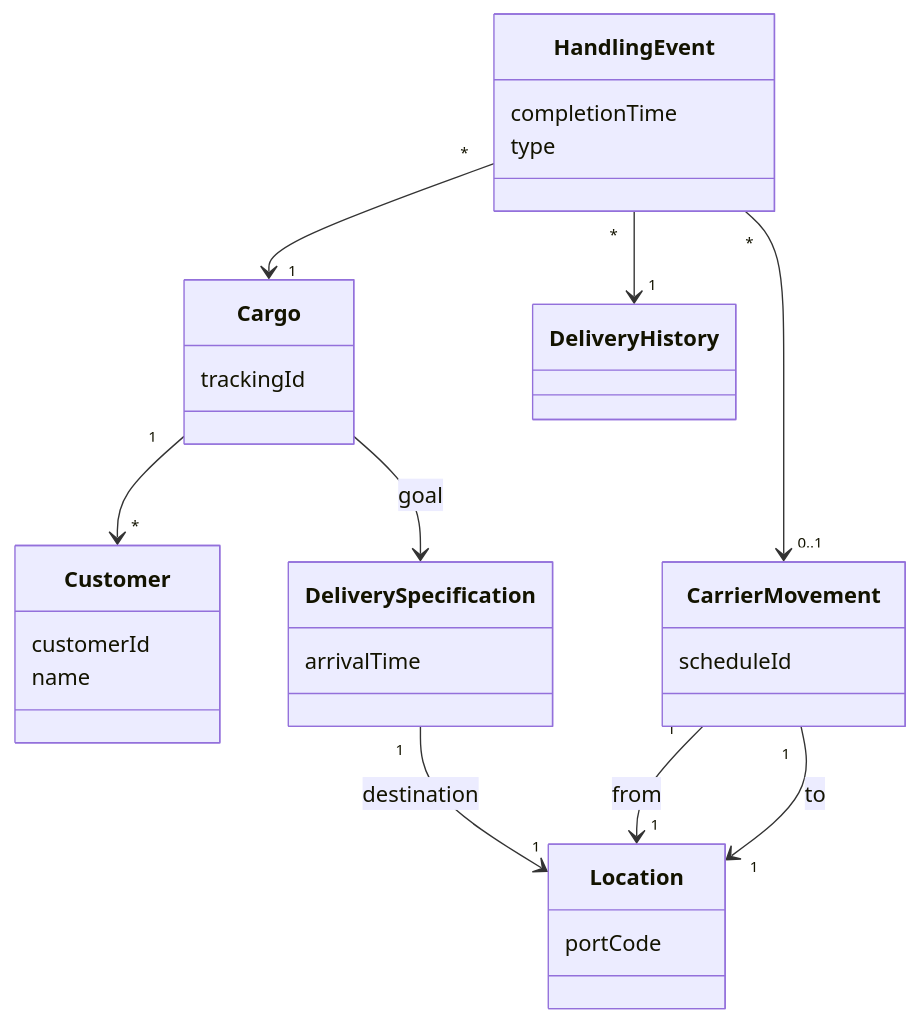
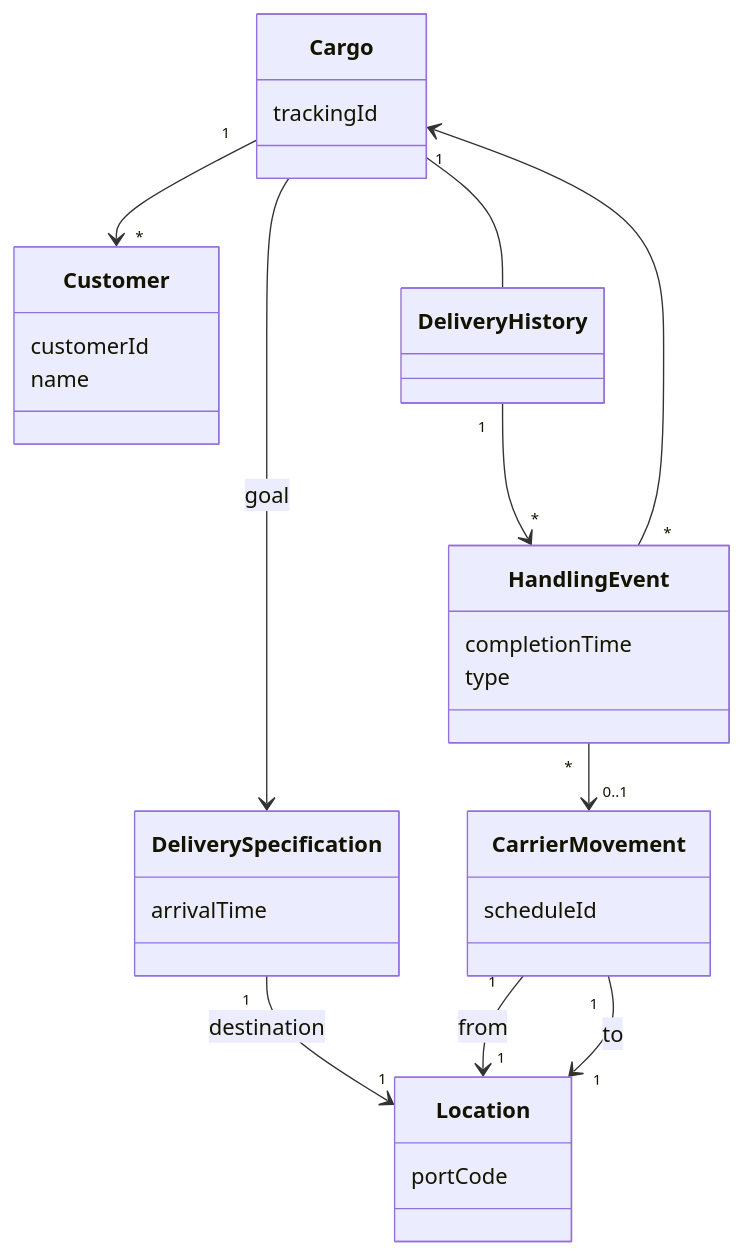
The diagram in docs/architecture/01-design.md (peterramaldes/cs), drawn with Mermaid before and after one commit.

Commit message:
docs: add Cargo->DeliveryHistory, fix DeliveryHistory->HandlingEvent

````diff
--- a/docs/architecture/01-design.md
+++ b/docs/architecture/01-design.md
@@ -5,40 +5,41 @@
 ```mermaid
 classDiagram
     class Customer {
         customerId
         name
     }
 
     class Cargo {
         trackingId
     }
 
     class DeliveryHistory {
     }
 
     class DeliverySpecification {
         arrivalTime
     }
 
     class HandlingEvent {
         completionTime
         type
     }
 
     class CarrierMovement {
         scheduleId
     }
 
     class Location {
         portCode
     }
 
     Cargo "1" --> "*" Customer
     Cargo --> DeliverySpecification : goal
+    Cargo -- DeliveryHistory
     HandlingEvent "*" --> "1" Cargo
-    HandlingEvent "*" --> "1" DeliveryHistory
+    DeliveryHistory "1" --> "*" HandlingEvent
     DeliverySpecification "1" --> "1" Location : destination
     CarrierMovement "1" --> "1" Location : from
     CarrierMovement "1" --> "1" Location : to
     HandlingEvent "*" --> "0..1" CarrierMovement
 ```
````
